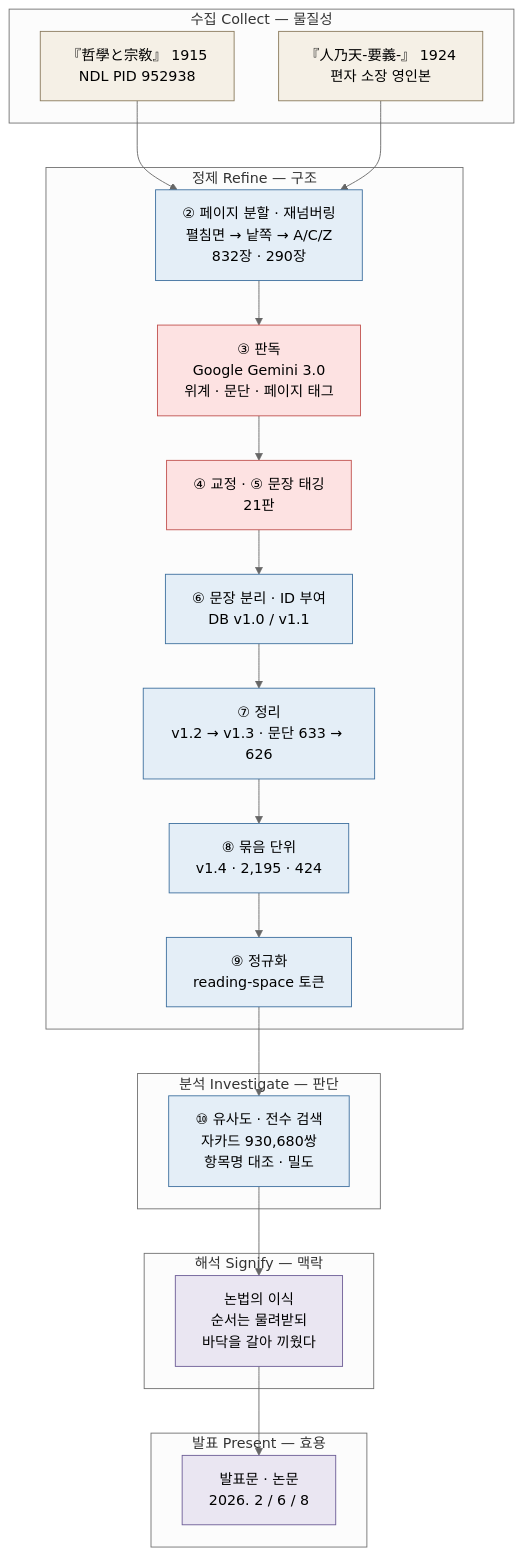
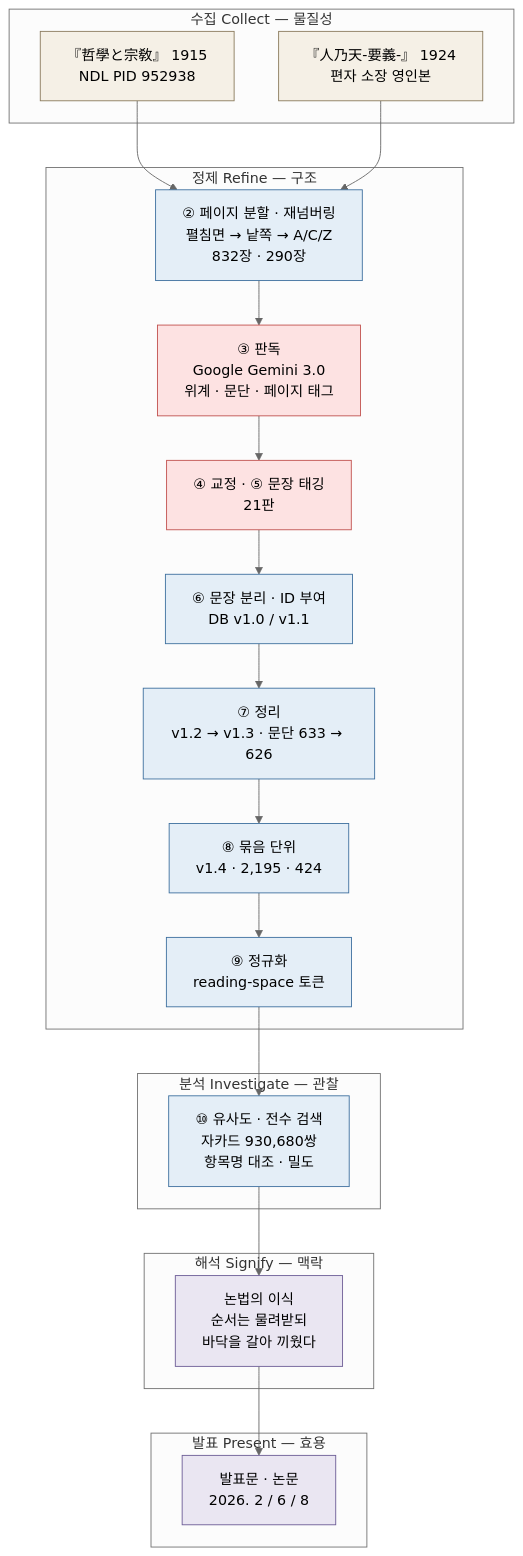
The diagram in README.md (hursoo/phenomenal-realism-kr), drawn with Mermaid (neutral theme) before and after one commit. The commit also changed other lines of this file, not shown here.

Commit message:
Relabel the analysis stage: 판단 → 관찰
'분석 — 판단'은 오해를 부른다. 판단은 오히려 해석 쪽에 가깝다(Soo).
'분석 — 관찰'로 고치고 위계 서술도 물질성 → 구조 → 관찰 → 맥락 → 효용으로 맞췄다.

````diff
--- a/README.md
+++ b/README.md
@@ -85,51 +85,51 @@
 ```mermaid
 flowchart TD
     subgraph CO["수집 Collect — 물질성"]
         A1["『哲學と宗敎』 1915<br/>NDL PID 952938"]
         A2["『人乃天-要義-』 1924<br/>편자 소장 영인본"]
     end
 
     subgraph RE["정제 Refine — 구조"]
         B["② 페이지 분할 · 재넘버링<br/>펼침면 → 낱쪽 → A/C/Z<br/>832장 · 290장"]
         C["③ 판독<br/>Google Gemini 3.0<br/>위계 · 문단 · 페이지 태그"]
         D["④ 교정 · ⑤ 문장 태깅<br/>21판"]
         E["⑥ 문장 분리 · ID 부여<br/>DB v1.0 / v1.1"]
         F["⑦ 정리<br/>v1.2 → v1.3 · 문단 633 → 626"]
         G["⑧ 묶음 단위<br/>v1.4 · 2,195 · 424"]
         H["⑨ 정규화<br/>reading-space 토큰"]
     end
 
-    subgraph IN["분석 Investigate — 판단"]
+    subgraph IN["분석 Investigate — 관찰"]
         J["⑩ 유사도 · 전수 검색<br/>자카드 930,680쌍<br/>항목명 대조 · 밀도"]
     end
 
     subgraph SI["해석 Signify — 맥락"]
         K["논법의 이식<br/>순서는 물려받되<br/>바닥을 갈아 끼웠다"]
     end
 
     subgraph PR["발표 Present — 효용"]
         L["발표문 · 논문<br/>2026. 2 / 6 / 8"]
     end
 
     A1 --> B
     A2 --> B
     B --> C
     C --> D
     D --> E
     E --> F
     F --> G
     G --> H
     H --> J
     J --> K
     K --> L
 
     classDef src fill:#f5f0e6,stroke:#8a7a5c,color:#000
     classDef ai fill:#fde2e2,stroke:#c0504d,color:#000
     classDef rule fill:#e4eef7,stroke:#3d6f9e,color:#000
     classDef interp fill:#eae6f2,stroke:#6b5b95,color:#000
 
     class A1,A2 src
     class C,D ai
     class B,E,F,G,H,J rule
     class K,L interp
 ```
````
